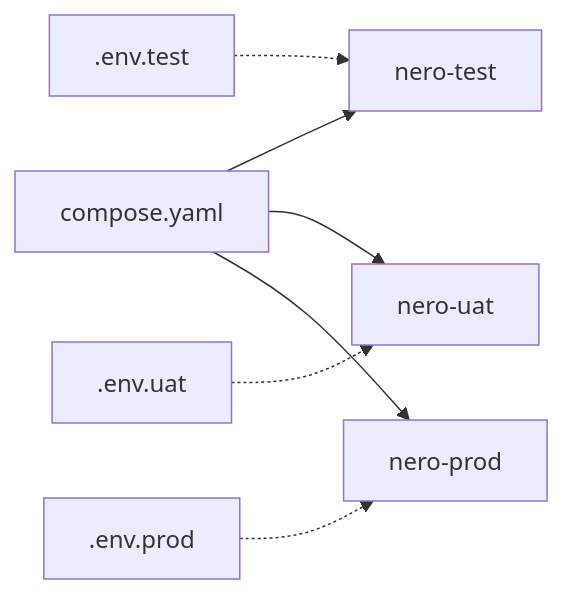
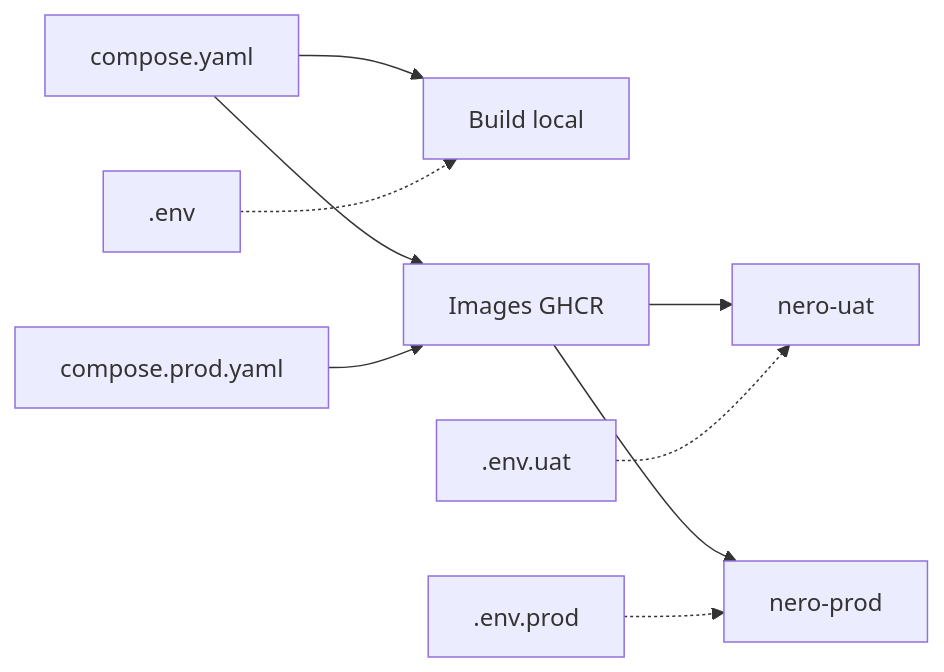
The fourth of 4 diagrams in docs/05-docker-compose.md (AntonHarzhanau/Nero-Workout), drawn with Mermaid before and after one commit. The commit also changed other lines of this file and 8 other files, not shown here.

First line of the commit message:
Feat/compose prod (#56)

````diff
--- a/docs/05-docker-compose.md
+++ b/docs/05-docker-compose.md
@@ -186,9 +249,11 @@
 ```mermaid
 flowchart LR
-    compose[compose.yaml] --> T[nero-test]
-    compose --> U[nero-uat]
-    compose --> P[nero-prod]
-    et[.env.test] -.-> T
+    compose[compose.yaml] --> local[Build local]
+    compose --> published[Images GHCR]
+    override[compose.prod.yaml] --> published
+    published --> U[nero-uat]
+    published --> P[nero-prod]
+    env[.env] -.-> local
     eu[.env.uat] -.-> U
     ep[.env.prod] -.-> P
 ```
````
